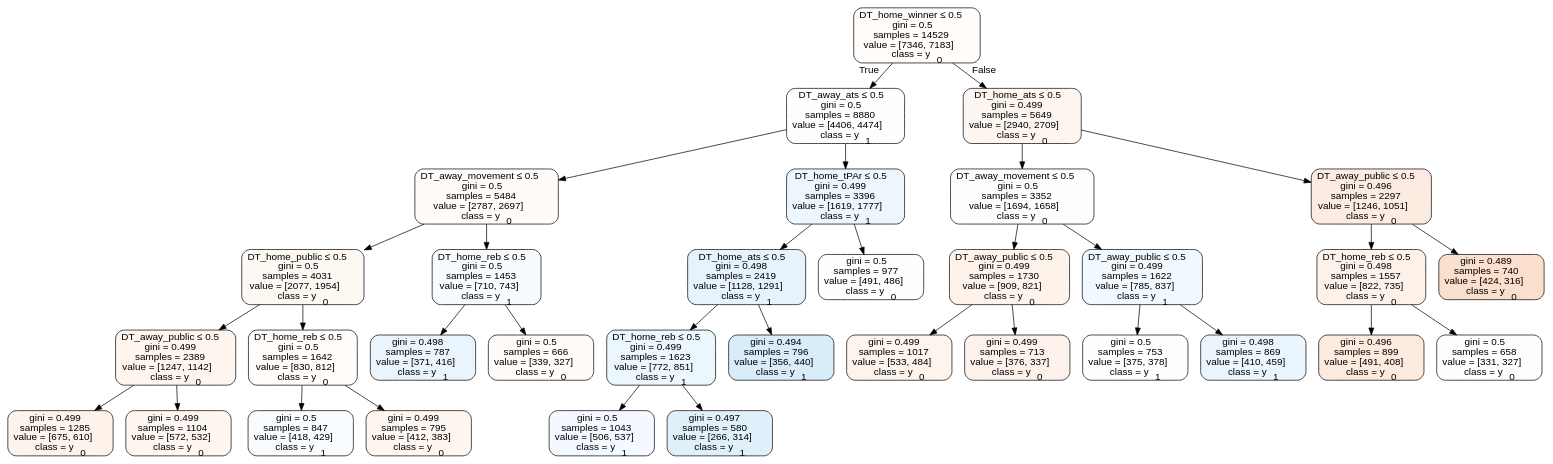
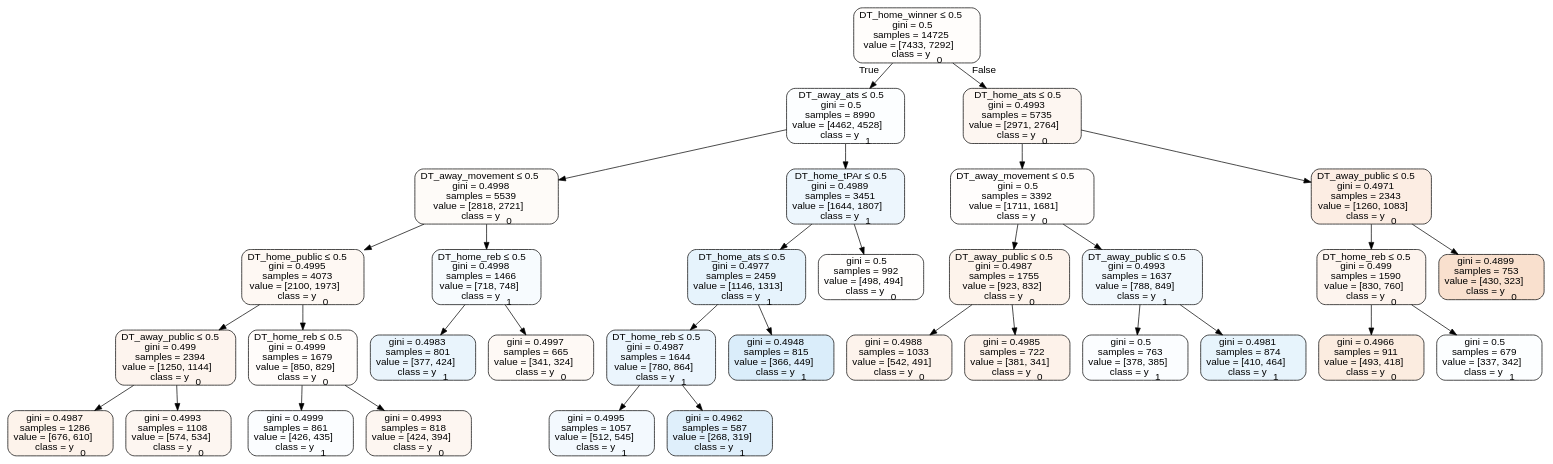
One commit to usbogie/ncaa-bets changed the diagram in Basketball/data/trees/tree2015home.dot. Above: the diagram before and after it, drawn with Graphviz. The commit also changed 41 other files, not shown here.

```diff
--- a/Basketball/data/trees/tree2015home.dot
+++ b/Basketball/data/trees/tree2015home.dot
@@ -1,69 +1,69 @@
 digraph Tree {
 node [shape=box, style="filled, rounded", color="black", fontname=helvetica] ;
 edge [fontname=helvetica] ;
-0 [label=<DT_home_winner &le; 0.5<br/>gini = 0.5<br/>samples = 14529<br/>value = [7346, 7183]<br/>class = y<SUB>0</SUB>>, fillcolor="#e5813906"] ;
-1 [label=<DT_away_ats &le; 0.5<br/>gini = 0.5<br/>samples = 8880<br/>value = [4406, 4474]<br/>class = y<SUB>1</SUB>>, fillcolor="#399de504"] ;
+0 [label=<DT_home_winner &le; 0.5<br/>gini = 0.5<br/>samples = 14725<br/>value = [7433, 7292]<br/>class = y<SUB>0</SUB>>, fillcolor="#e5813905"] ;
+1 [label=<DT_away_ats &le; 0.5<br/>gini = 0.5<br/>samples = 8990<br/>value = [4462, 4528]<br/>class = y<SUB>1</SUB>>, fillcolor="#399de504"] ;
 0 -> 1 [labeldistance=2.5, labelangle=45, headlabel="True"] ;
-2 [label=<DT_away_movement &le; 0.5<br/>gini = 0.5<br/>samples = 5484<br/>value = [2787, 2697]<br/>class = y<SUB>0</SUB>>, fillcolor="#e5813908"] ;
+2 [label=<DT_away_movement &le; 0.5<br/>gini = 0.4998<br/>samples = 5539<br/>value = [2818, 2721]<br/>class = y<SUB>0</SUB>>, fillcolor="#e5813909"] ;
 1 -> 2 ;
-3 [label=<DT_home_public &le; 0.5<br/>gini = 0.5<br/>samples = 4031<br/>value = [2077, 1954]<br/>class = y<SUB>0</SUB>>, fillcolor="#e581390f"] ;
+3 [label=<DT_home_public &le; 0.5<br/>gini = 0.4995<br/>samples = 4073<br/>value = [2100, 1973]<br/>class = y<SUB>0</SUB>>, fillcolor="#e581390f"] ;
 2 -> 3 ;
-4 [label=<DT_away_public &le; 0.5<br/>gini = 0.499<br/>samples = 2389<br/>value = [1247, 1142]<br/>class = y<SUB>0</SUB>>, fillcolor="#e5813915"] ;
+4 [label=<DT_away_public &le; 0.5<br/>gini = 0.499<br/>samples = 2394<br/>value = [1250, 1144]<br/>class = y<SUB>0</SUB>>, fillcolor="#e5813916"] ;
 3 -> 4 ;
-5 [label=<gini = 0.499<br/>samples = 1285<br/>value = [675, 610]<br/>class = y<SUB>0</SUB>>, fillcolor="#e5813919"] ;
+5 [label=<gini = 0.4987<br/>samples = 1286<br/>value = [676, 610]<br/>class = y<SUB>0</SUB>>, fillcolor="#e5813919"] ;
 4 -> 5 ;
-6 [label=<gini = 0.499<br/>samples = 1104<br/>value = [572, 532]<br/>class = y<SUB>0</SUB>>, fillcolor="#e5813912"] ;
+6 [label=<gini = 0.4993<br/>samples = 1108<br/>value = [574, 534]<br/>class = y<SUB>0</SUB>>, fillcolor="#e5813912"] ;
 4 -> 6 ;
-7 [label=<DT_home_reb &le; 0.5<br/>gini = 0.5<br/>samples = 1642<br/>value = [830, 812]<br/>class = y<SUB>0</SUB>>, fillcolor="#e5813906"] ;
+7 [label=<DT_home_reb &le; 0.5<br/>gini = 0.4999<br/>samples = 1679<br/>value = [850, 829]<br/>class = y<SUB>0</SUB>>, fillcolor="#e5813906"] ;
 3 -> 7 ;
-8 [label=<gini = 0.5<br/>samples = 847<br/>value = [418, 429]<br/>class = y<SUB>1</SUB>>, fillcolor="#399de507"] ;
+8 [label=<gini = 0.4999<br/>samples = 861<br/>value = [426, 435]<br/>class = y<SUB>1</SUB>>, fillcolor="#399de505"] ;
 7 -> 8 ;
-9 [label=<gini = 0.499<br/>samples = 795<br/>value = [412, 383]<br/>class = y<SUB>0</SUB>>, fillcolor="#e5813912"] ;
+9 [label=<gini = 0.4993<br/>samples = 818<br/>value = [424, 394]<br/>class = y<SUB>0</SUB>>, fillcolor="#e5813912"] ;
 7 -> 9 ;
-10 [label=<DT_home_reb &le; 0.5<br/>gini = 0.5<br/>samples = 1453<br/>value = [710, 743]<br/>class = y<SUB>1</SUB>>, fillcolor="#399de50b"] ;
+10 [label=<DT_home_reb &le; 0.5<br/>gini = 0.4998<br/>samples = 1466<br/>value = [718, 748]<br/>class = y<SUB>1</SUB>>, fillcolor="#399de50a"] ;
 2 -> 10 ;
-11 [label=<gini = 0.498<br/>samples = 787<br/>value = [371, 416]<br/>class = y<SUB>1</SUB>>, fillcolor="#399de51c"] ;
+11 [label=<gini = 0.4983<br/>samples = 801<br/>value = [377, 424]<br/>class = y<SUB>1</SUB>>, fillcolor="#399de51c"] ;
 10 -> 11 ;
-12 [label=<gini = 0.5<br/>samples = 666<br/>value = [339, 327]<br/>class = y<SUB>0</SUB>>, fillcolor="#e5813909"] ;
+12 [label=<gini = 0.4997<br/>samples = 665<br/>value = [341, 324]<br/>class = y<SUB>0</SUB>>, fillcolor="#e581390d"] ;
 10 -> 12 ;
-13 [label=<DT_home_tPAr &le; 0.5<br/>gini = 0.499<br/>samples = 3396<br/>value = [1619, 1777]<br/>class = y<SUB>1</SUB>>, fillcolor="#399de517"] ;
+13 [label=<DT_home_tPAr &le; 0.5<br/>gini = 0.4989<br/>samples = 3451<br/>value = [1644, 1807]<br/>class = y<SUB>1</SUB>>, fillcolor="#399de517"] ;
 1 -> 13 ;
-14 [label=<DT_home_ats &le; 0.5<br/>gini = 0.498<br/>samples = 2419<br/>value = [1128, 1291]<br/>class = y<SUB>1</SUB>>, fillcolor="#399de520"] ;
+14 [label=<DT_home_ats &le; 0.5<br/>gini = 0.4977<br/>samples = 2459<br/>value = [1146, 1313]<br/>class = y<SUB>1</SUB>>, fillcolor="#399de520"] ;
 13 -> 14 ;
-15 [label=<DT_home_reb &le; 0.5<br/>gini = 0.499<br/>samples = 1623<br/>value = [772, 851]<br/>class = y<SUB>1</SUB>>, fillcolor="#399de518"] ;
+15 [label=<DT_home_reb &le; 0.5<br/>gini = 0.4987<br/>samples = 1644<br/>value = [780, 864]<br/>class = y<SUB>1</SUB>>, fillcolor="#399de519"] ;
 14 -> 15 ;
-16 [label=<gini = 0.5<br/>samples = 1043<br/>value = [506, 537]<br/>class = y<SUB>1</SUB>>, fillcolor="#399de50f"] ;
+16 [label=<gini = 0.4995<br/>samples = 1057<br/>value = [512, 545]<br/>class = y<SUB>1</SUB>>, fillcolor="#399de50f"] ;
 15 -> 16 ;
-17 [label=<gini = 0.497<br/>samples = 580<br/>value = [266, 314]<br/>class = y<SUB>1</SUB>>, fillcolor="#399de527"] ;
+17 [label=<gini = 0.4962<br/>samples = 587<br/>value = [268, 319]<br/>class = y<SUB>1</SUB>>, fillcolor="#399de529"] ;
 15 -> 17 ;
-18 [label=<gini = 0.494<br/>samples = 796<br/>value = [356, 440]<br/>class = y<SUB>1</SUB>>, fillcolor="#399de531"] ;
+18 [label=<gini = 0.4948<br/>samples = 815<br/>value = [366, 449]<br/>class = y<SUB>1</SUB>>, fillcolor="#399de52f"] ;
 14 -> 18 ;
-19 [label=<gini = 0.5<br/>samples = 977<br/>value = [491, 486]<br/>class = y<SUB>0</SUB>>, fillcolor="#e5813903"] ;
+19 [label=<gini = 0.5<br/>samples = 992<br/>value = [498, 494]<br/>class = y<SUB>0</SUB>>, fillcolor="#e5813902"] ;
 13 -> 19 ;
-20 [label=<DT_home_ats &le; 0.5<br/>gini = 0.499<br/>samples = 5649<br/>value = [2940, 2709]<br/>class = y<SUB>0</SUB>>, fillcolor="#e5813914"] ;
+20 [label=<DT_home_ats &le; 0.5<br/>gini = 0.4993<br/>samples = 5735<br/>value = [2971, 2764]<br/>class = y<SUB>0</SUB>>, fillcolor="#e5813912"] ;
 0 -> 20 [labeldistance=2.5, labelangle=-45, headlabel="False"] ;
-21 [label=<DT_away_movement &le; 0.5<br/>gini = 0.5<br/>samples = 3352<br/>value = [1694, 1658]<br/>class = y<SUB>0</SUB>>, fillcolor="#e5813905"] ;
+21 [label=<DT_away_movement &le; 0.5<br/>gini = 0.5<br/>samples = 3392<br/>value = [1711, 1681]<br/>class = y<SUB>0</SUB>>, fillcolor="#e5813904"] ;
 20 -> 21 ;
-22 [label=<DT_away_public &le; 0.5<br/>gini = 0.499<br/>samples = 1730<br/>value = [909, 821]<br/>class = y<SUB>0</SUB>>, fillcolor="#e5813919"] ;
+22 [label=<DT_away_public &le; 0.5<br/>gini = 0.4987<br/>samples = 1755<br/>value = [923, 832]<br/>class = y<SUB>0</SUB>>, fillcolor="#e5813919"] ;
 21 -> 22 ;
-23 [label=<gini = 0.499<br/>samples = 1017<br/>value = [533, 484]<br/>class = y<SUB>0</SUB>>, fillcolor="#e5813917"] ;
+23 [label=<gini = 0.4988<br/>samples = 1033<br/>value = [542, 491]<br/>class = y<SUB>0</SUB>>, fillcolor="#e5813918"] ;
 22 -> 23 ;
-24 [label=<gini = 0.499<br/>samples = 713<br/>value = [376, 337]<br/>class = y<SUB>0</SUB>>, fillcolor="#e581391a"] ;
+24 [label=<gini = 0.4985<br/>samples = 722<br/>value = [381, 341]<br/>class = y<SUB>0</SUB>>, fillcolor="#e581391b"] ;
 22 -> 24 ;
-25 [label=<DT_away_public &le; 0.5<br/>gini = 0.499<br/>samples = 1622<br/>value = [785, 837]<br/>class = y<SUB>1</SUB>>, fillcolor="#399de510"] ;
+25 [label=<DT_away_public &le; 0.5<br/>gini = 0.4993<br/>samples = 1637<br/>value = [788, 849]<br/>class = y<SUB>1</SUB>>, fillcolor="#399de512"] ;
 21 -> 25 ;
-26 [label=<gini = 0.5<br/>samples = 753<br/>value = [375, 378]<br/>class = y<SUB>1</SUB>>, fillcolor="#399de502"] ;
+26 [label=<gini = 0.5<br/>samples = 763<br/>value = [378, 385]<br/>class = y<SUB>1</SUB>>, fillcolor="#399de505"] ;
 25 -> 26 ;
-27 [label=<gini = 0.498<br/>samples = 869<br/>value = [410, 459]<br/>class = y<SUB>1</SUB>>, fillcolor="#399de51b"] ;
+27 [label=<gini = 0.4981<br/>samples = 874<br/>value = [410, 464]<br/>class = y<SUB>1</SUB>>, fillcolor="#399de51e"] ;
 25 -> 27 ;
-28 [label=<DT_away_public &le; 0.5<br/>gini = 0.496<br/>samples = 2297<br/>value = [1246, 1051]<br/>class = y<SUB>0</SUB>>, fillcolor="#e5813928"] ;
+28 [label=<DT_away_public &le; 0.5<br/>gini = 0.4971<br/>samples = 2343<br/>value = [1260, 1083]<br/>class = y<SUB>0</SUB>>, fillcolor="#e5813924"] ;
 20 -> 28 ;
-29 [label=<DT_home_reb &le; 0.5<br/>gini = 0.498<br/>samples = 1557<br/>value = [822, 735]<br/>class = y<SUB>0</SUB>>, fillcolor="#e581391b"] ;
+29 [label=<DT_home_reb &le; 0.5<br/>gini = 0.499<br/>samples = 1590<br/>value = [830, 760]<br/>class = y<SUB>0</SUB>>, fillcolor="#e5813916"] ;
 28 -> 29 ;
-30 [label=<gini = 0.496<br/>samples = 899<br/>value = [491, 408]<br/>class = y<SUB>0</SUB>>, fillcolor="#e581392b"] ;
+30 [label=<gini = 0.4966<br/>samples = 911<br/>value = [493, 418]<br/>class = y<SUB>0</SUB>>, fillcolor="#e5813927"] ;
 29 -> 30 ;
-31 [label=<gini = 0.5<br/>samples = 658<br/>value = [331, 327]<br/>class = y<SUB>0</SUB>>, fillcolor="#e5813903"] ;
+31 [label=<gini = 0.5<br/>samples = 679<br/>value = [337, 342]<br/>class = y<SUB>1</SUB>>, fillcolor="#399de504"] ;
 29 -> 31 ;
-32 [label=<gini = 0.489<br/>samples = 740<br/>value = [424, 316]<br/>class = y<SUB>0</SUB>>, fillcolor="#e5813941"] ;
+32 [label=<gini = 0.4899<br/>samples = 753<br/>value = [430, 323]<br/>class = y<SUB>0</SUB>>, fillcolor="#e581393f"] ;
 28 -> 32 ;
 }
```
